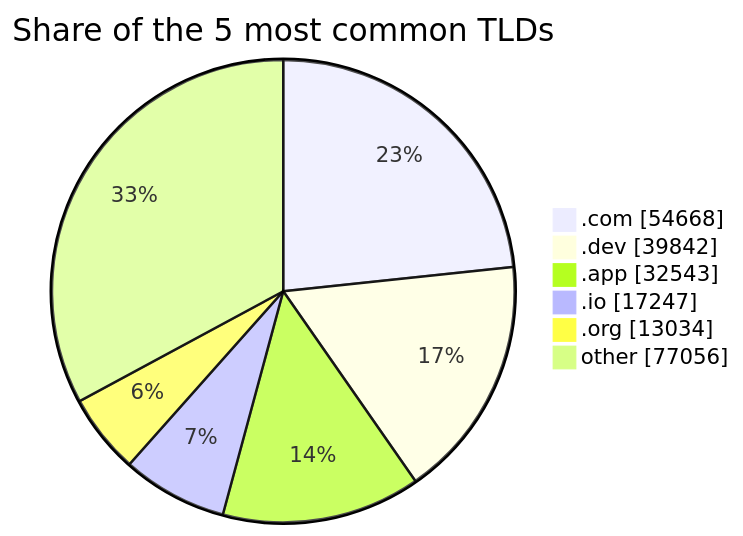
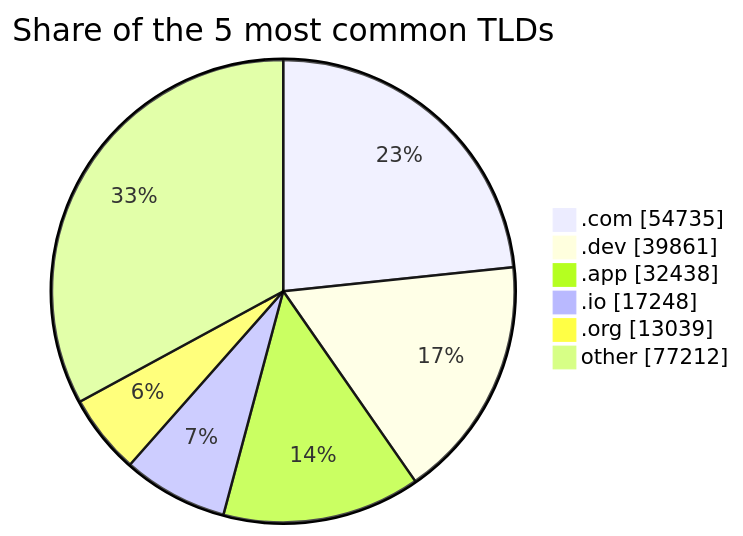
The second of 2 diagrams in README.md (DNSBunker/CTI), drawn with Mermaid before and after one commit. The commit also changed other lines of this file and 3 other files, not shown here.

````diff
--- a/README.md
+++ b/README.md
@@ -72,9 +72,9 @@
 ```mermaid
 pie showData title Share of the 5 most common TLDs
-    ".com" : 54668
-    ".dev" : 39842
-    ".app" : 32543
-    ".io" : 17247
-    ".org" : 13034
-    "other" : 77056
+    ".com" : 54735
+    ".dev" : 39861
+    ".app" : 32438
+    ".io" : 17248
+    ".org" : 13039
+    "other" : 77212
 ```
````
